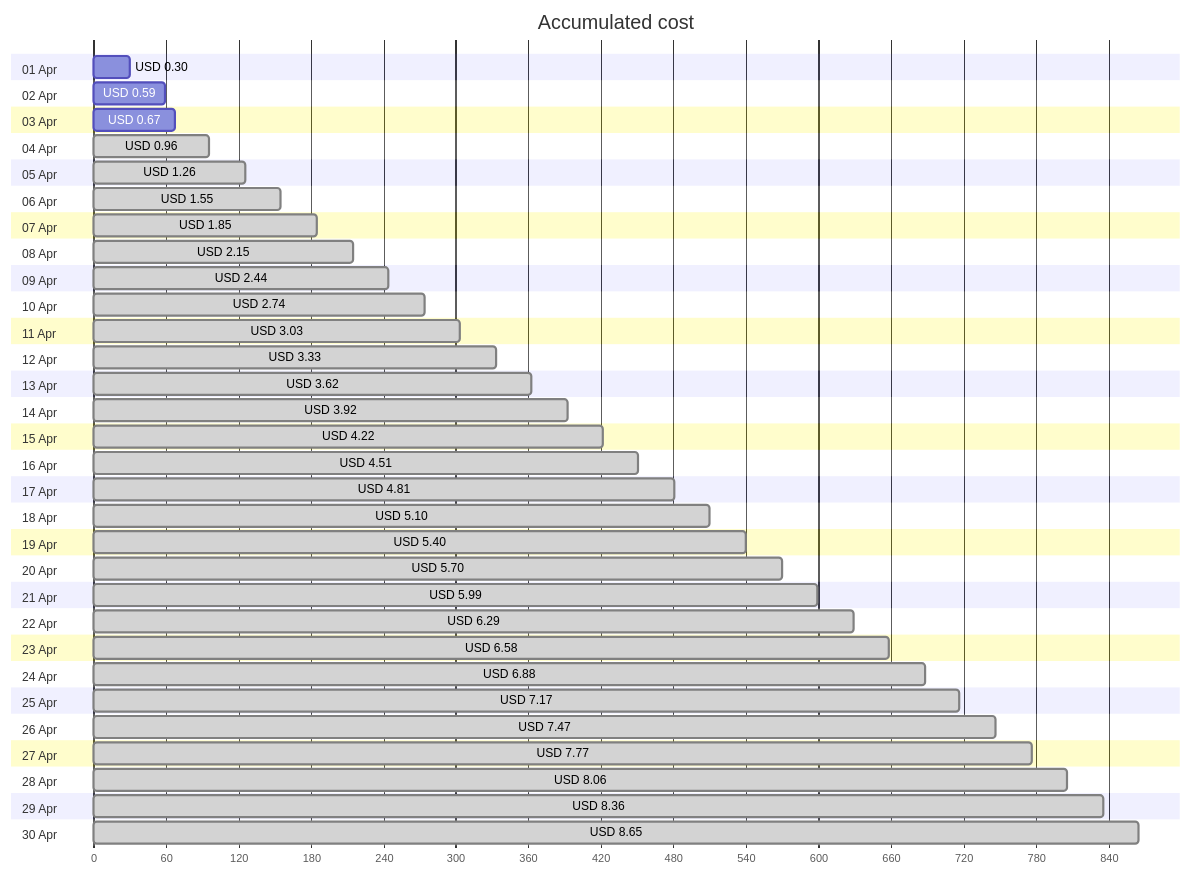
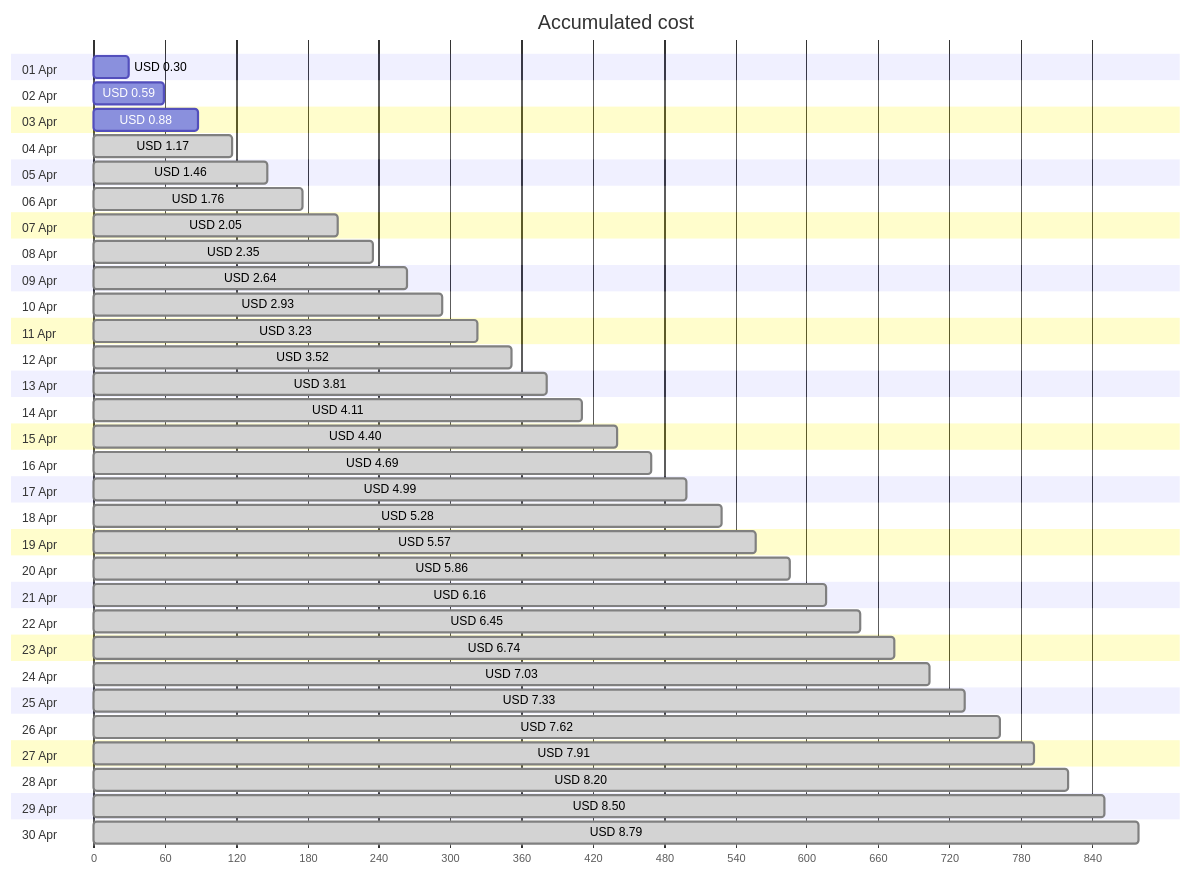
One commit to jpfulton/azure-personal-reports changed the first of 4 diagrams in cost-reports/personal-site/personal-site.md. Above: the diagram before and after it, drawn with Mermaid. The commit also changed other lines of this file and 7 other files, not shown here.

````diff
--- a/cost-reports/personal-site/personal-site.md
+++ b/cost-reports/personal-site/personal-site.md
@@ -20,66 +20,66 @@
 ```mermaid
 gantt
    title Accumulated cost
    dateFormat  X
    axisFormat %s
    section 01 Apr
    USD 0.30 :0, 30
    section 02 Apr
    USD 0.59 :0, 59
    section 03 Apr
-   USD 0.67 :0, 67
+   USD 0.88 :0, 88
    section 04 Apr
-   USD 0.96 : done, 0, 96
+   USD 1.17 : done, 0, 117
    section 05 Apr
-   USD 1.26 : done, 0, 126
+   USD 1.46 : done, 0, 146
    section 06 Apr
-   USD 1.55 : done, 0, 155
+   USD 1.76 : done, 0, 176
    section 07 Apr
-   USD 1.85 : done, 0, 185
+   USD 2.05 : done, 0, 205
    section 08 Apr
-   USD 2.15 : done, 0, 215
+   USD 2.35 : done, 0, 235
    section 09 Apr
-   USD 2.44 : done, 0, 244
+   USD 2.64 : done, 0, 264
    section 10 Apr
-   USD 2.74 : done, 0, 274
+   USD 2.93 : done, 0, 293
    section 11 Apr
-   USD 3.03 : done, 0, 303
+   USD 3.23 : done, 0, 323
    section 12 Apr
-   USD 3.33 : done, 0, 333
+   USD 3.52 : done, 0, 352
    section 13 Apr
-   USD 3.62 : done, 0, 362
+   USD 3.81 : done, 0, 381
    section 14 Apr
-   USD 3.92 : done, 0, 392
+   USD 4.11 : done, 0, 411
    section 15 Apr
-   USD 4.22 : done, 0, 422
+   USD 4.40 : done, 0, 440
    section 16 Apr
-   USD 4.51 : done, 0, 451
+   USD 4.69 : done, 0, 469
    section 17 Apr
-   USD 4.81 : done, 0, 481
+   USD 4.99 : done, 0, 499
    section 18 Apr
-   USD 5.10 : done, 0, 510
+   USD 5.28 : done, 0, 528
    section 19 Apr
-   USD 5.40 : done, 0, 540
+   USD 5.57 : done, 0, 557
    section 20 Apr
-   USD 5.70 : done, 0, 570
+   USD 5.86 : done, 0, 586
    section 21 Apr
-   USD 5.99 : done, 0, 599
+   USD 6.16 : done, 0, 616
    section 22 Apr
-   USD 6.29 : done, 0, 629
+   USD 6.45 : done, 0, 645
    section 23 Apr
-   USD 6.58 : done, 0, 658
+   USD 6.74 : done, 0, 674
    section 24 Apr
-   USD 6.88 : done, 0, 688
+   USD 7.03 : done, 0, 703
    section 25 Apr
-   USD 7.17 : done, 0, 717
+   USD 7.33 : done, 0, 733
    section 26 Apr
-   USD 7.47 : done, 0, 747
+   USD 7.62 : done, 0, 762
    section 27 Apr
-   USD 7.77 : done, 0, 777
+   USD 7.91 : done, 0, 791
    section 28 Apr
-   USD 8.06 : done, 0, 806
+   USD 8.20 : done, 0, 820
    section 29 Apr
-   USD 8.36 : done, 0, 836
+   USD 8.50 : done, 0, 850
    section 30 Apr
-   USD 8.65 : done, 0, 865
+   USD 8.79 : done, 0, 879
 ```
````
